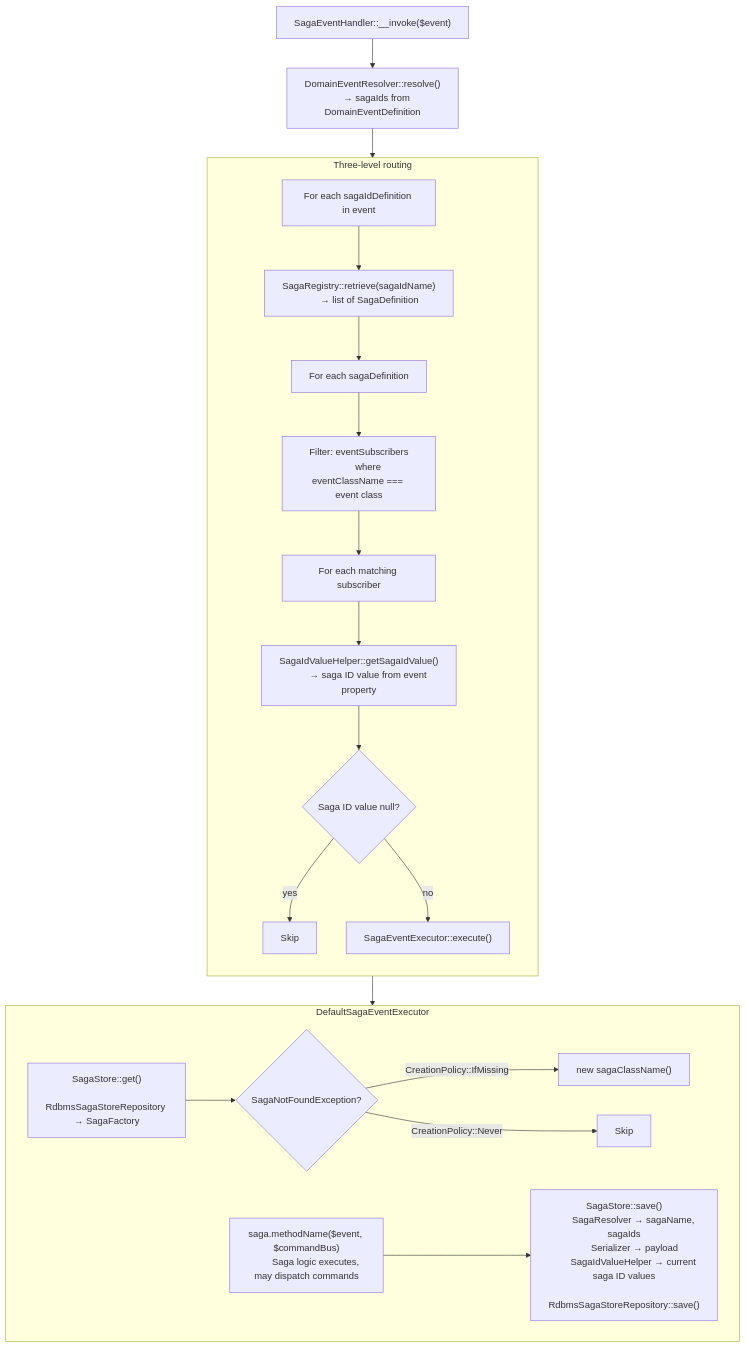
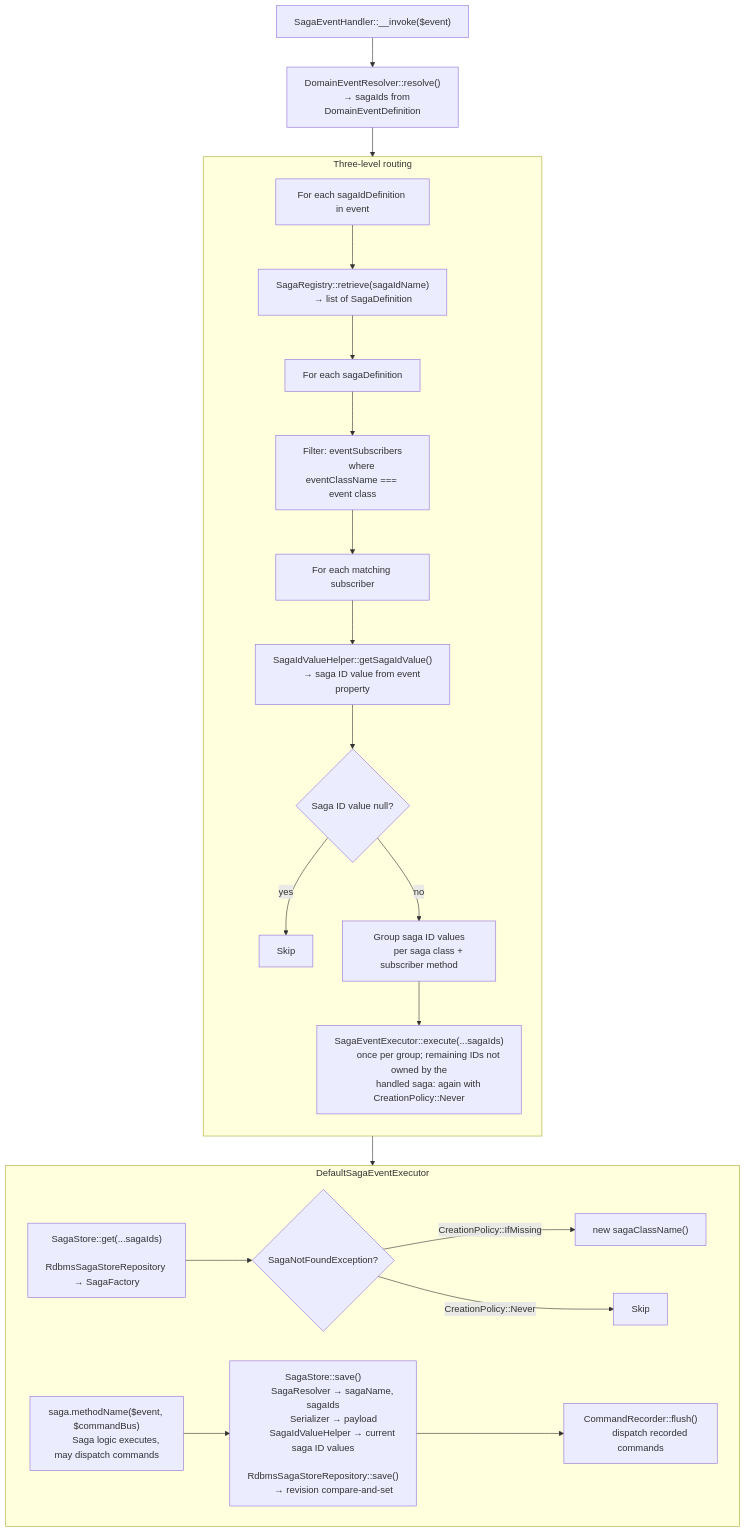
The fifth of 5 diagrams in docs/library-architecture.md (GemberPHP/event-sourcing), drawn with Mermaid before and after one commit. The commit also changed other lines of this file and 26 other files, not shown here.

First line of the commit message:
Handle saga ids together, update by loaded saga and retry with backoff

````diff
--- a/docs/library-architecture.md
+++ b/docs/library-architecture.md
@@ -363,56 +363,65 @@
 ```mermaid
 flowchart TD
     invoke["SagaEventHandler::__invoke($event)"]
     resolve["DomainEventResolver::resolve()
     → sagaIds from DomainEventDefinition"]
     invoke --> resolve
 
     subgraph routing ["Three-level routing"]
         direction TB
         loop1["For each sagaIdDefinition in event"]
         registry["SagaRegistry::retrieve(sagaIdName)
         → list of SagaDefinition"]
         loop1 --> registry
 
         loop2["For each sagaDefinition"]
         registry --> loop2
         filter["Filter: eventSubscribers
         where eventClassName === event class"]
         loop2 --> filter
 
         loop3["For each matching subscriber"]
         filter --> loop3
         extractId["SagaIdValueHelper::getSagaIdValue()
         → saga ID value from event property"]
         loop3 --> extractId
 
         nullCheck{"Saga ID value null?"}
         extractId --> nullCheck
         nullCheck -->|"yes"| skip["Skip"]
-        nullCheck -->|"no"| exec["SagaEventExecutor::execute()"]
+        nullCheck -->|"no"| group["Group saga ID values
+        per saga class + subscriber method"]
+        group --> exec["SagaEventExecutor::execute(...sagaIds)
+        once per group; remaining IDs not owned by the
+        handled saga: again with CreationPolicy::Never"]
     end
 
     resolve --> routing
 
     subgraph execution ["DefaultSagaEventExecutor"]
-        load["SagaStore::get()
+        load["SagaStore::get(...sagaIds)
         RdbmsSagaStoreRepository → SagaFactory"]
         notFound{"SagaNotFoundException?"}
         load --> notFound
         notFound -->|"CreationPolicy::IfMissing"| create["new sagaClassName()"]
         notFound -->|"CreationPolicy::Never"| skipSaga["Skip"]
 
         run["saga.methodName($event, $commandBus)
         Saga logic executes, may dispatch commands"]
 
         save["SagaStore::save()
         SagaResolver → sagaName, sagaIds
         Serializer → payload
         SagaIdValueHelper → current saga ID values
-        RdbmsSagaStoreRepository::save()"]
+        RdbmsSagaStoreRepository::save()
+        → revision compare-and-set"]
+
+        flush["CommandRecorder::flush()
+        dispatch recorded commands"]
 
         run --> save
+        save --> flush
     end
 
     exec --> execution
 ```
````
